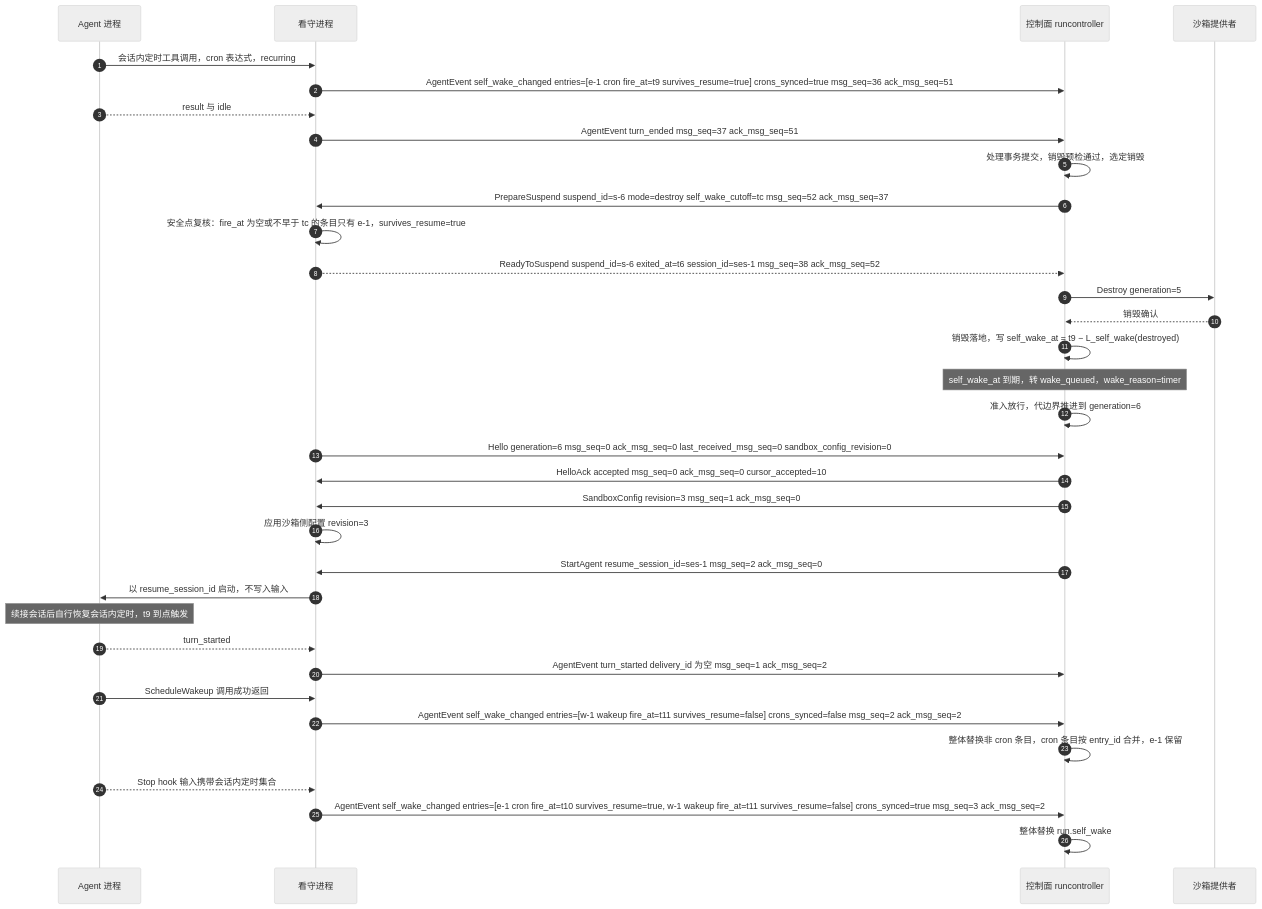
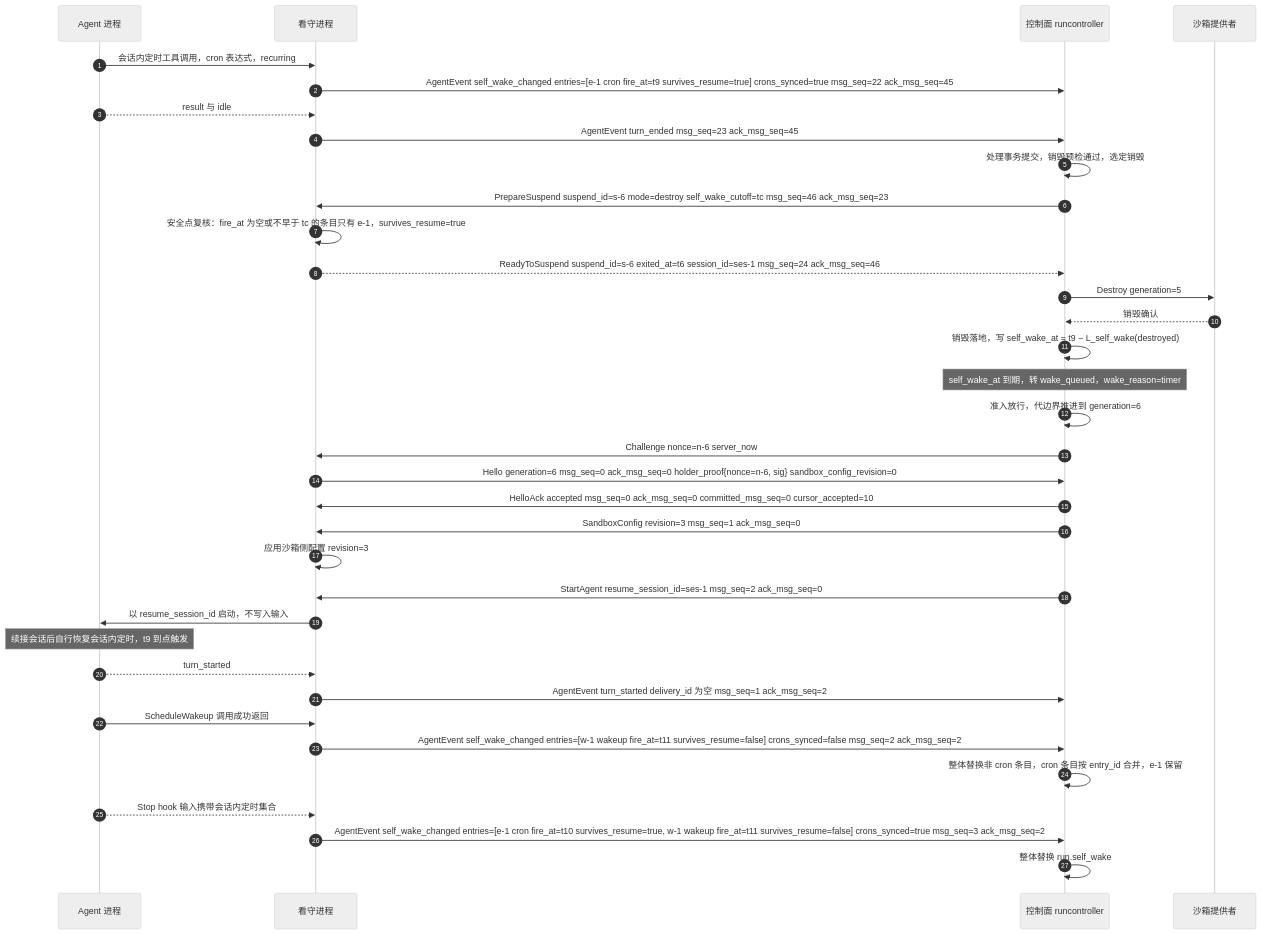
One commit to wangzw/castworks changed the eighth of 8 diagrams in docs/design/modules/design-agentprotocol.md. Above: the diagram before and after it, drawn with Mermaid (neutral theme). The commit also changed other lines of this file and 35 other files, not shown here.

````diff
--- a/docs/design/modules/design-agentprotocol.md
+++ b/docs/design/modules/design-agentprotocol.md
@@ -596,36 +727,37 @@
 ```mermaid
 sequenceDiagram
     autonumber
     participant A as Agent 进程
     participant W as 看守进程
     participant R as 控制面 runcontroller
     participant P as 沙箱提供者
     A->>W: 会话内定时工具调用，cron 表达式，recurring
-    W->>R: AgentEvent self_wake_changed entries=[e-1 cron fire_at=t9 survives_resume=true] crons_synced=true msg_seq=36 ack_msg_seq=51
+    W->>R: AgentEvent self_wake_changed entries=[e-1 cron fire_at=t9 survives_resume=true] crons_synced=true msg_seq=22 ack_msg_seq=45
     A-->>W: result 与 idle
-    W->>R: AgentEvent turn_ended msg_seq=37 ack_msg_seq=51
+    W->>R: AgentEvent turn_ended msg_seq=23 ack_msg_seq=45
     R->>R: 处理事务提交，销毁预检通过，选定销毁
-    R->>W: PrepareSuspend suspend_id=s-6 mode=destroy self_wake_cutoff=tc msg_seq=52 ack_msg_seq=37
+    R->>W: PrepareSuspend suspend_id=s-6 mode=destroy self_wake_cutoff=tc msg_seq=46 ack_msg_seq=23
     W->>W: 安全点复核：fire_at 为空或不早于 tc 的条目只有 e-1，survives_resume=true
-    W-->>R: ReadyToSuspend suspend_id=s-6 exited_at=t6 session_id=ses-1 msg_seq=38 ack_msg_seq=52
+    W-->>R: ReadyToSuspend suspend_id=s-6 exited_at=t6 session_id=ses-1 msg_seq=24 ack_msg_seq=46
     R->>P: Destroy generation=5
     P-->>R: 销毁确认
     R->>R: 销毁落地，写 self_wake_at = t9 − L_self_wake(destroyed)
     Note over R: self_wake_at 到期，转 wake_queued，wake_reason=timer
     R->>R: 准入放行，代边界推进到 generation=6
-    W->>R: Hello generation=6 msg_seq=0 ack_msg_seq=0 last_received_msg_seq=0 sandbox_config_revision=0
-    R->>W: HelloAck accepted msg_seq=0 ack_msg_seq=0 cursor_accepted=10
+    R->>W: Challenge nonce=n-6 server_now
+    W->>R: Hello generation=6 msg_seq=0 ack_msg_seq=0 holder_proof{nonce=n-6, sig} sandbox_config_revision=0
+    R->>W: HelloAck accepted msg_seq=0 ack_msg_seq=0 committed_msg_seq=0 cursor_accepted=10
     R->>W: SandboxConfig revision=3 msg_seq=1 ack_msg_seq=0
     W->>W: 应用沙箱侧配置 revision=3
     R->>W: StartAgent resume_session_id=ses-1 msg_seq=2 ack_msg_seq=0
     W->>A: 以 resume_session_id 启动，不写入输入
     Note over A: 续接会话后自行恢复会话内定时，t9 到点触发
     A-->>W: turn_started
     W->>R: AgentEvent turn_started delivery_id 为空 msg_seq=1 ack_msg_seq=2
     A->>W: ScheduleWakeup 调用成功返回
     W->>R: AgentEvent self_wake_changed entries=[w-1 wakeup fire_at=t11 survives_resume=false] crons_synced=false msg_seq=2 ack_msg_seq=2
     R->>R: 整体替换非 cron 条目，cron 条目按 entry_id 合并，e-1 保留
     A-->>W: Stop hook 输入携带会话内定时集合
     W->>R: AgentEvent self_wake_changed entries=[e-1 cron fire_at=t10 survives_resume=true, w-1 wakeup fire_at=t11 survives_resume=false] crons_synced=true msg_seq=3 ack_msg_seq=2
     R->>R: 整体替换 run.self_wake
 ```
````
